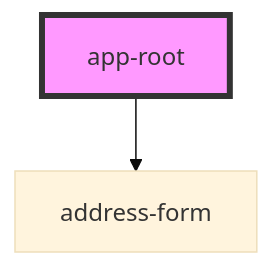
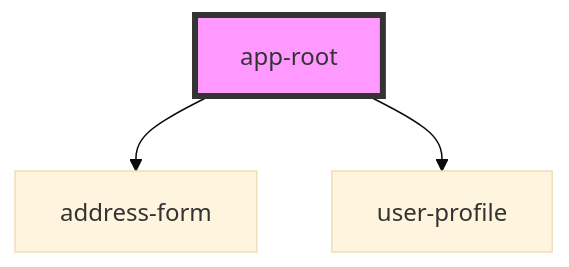
One commit to jimbono/stencil-form-telemetry changed the diagram in src/components/app-root/readme.md. Above: the diagram before and after it, drawn with Mermaid (base theme). The commit also changed other lines of this file and 14 other files, not shown here.

````diff
--- a/src/components/app-root/readme.md
+++ b/src/components/app-root/readme.md
@@ -15,5 +16,6 @@
 ```mermaid
 graph TD;
   app-root --> address-form
+  app-root --> user-profile
   style app-root fill:#f9f,stroke:#333,stroke-width:4px
 ```
````
